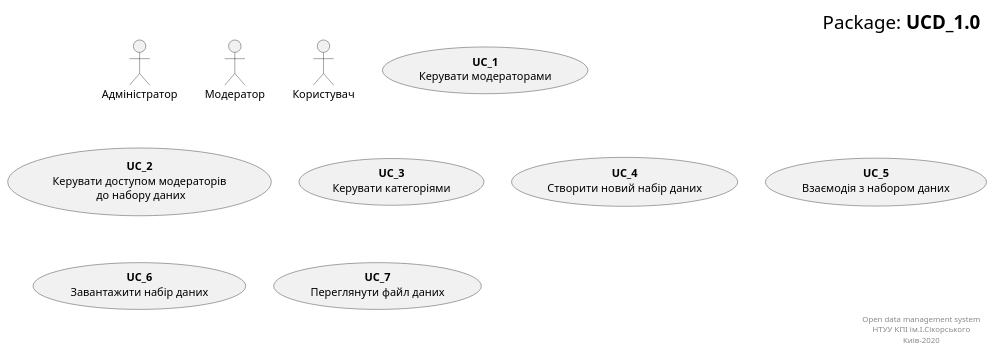
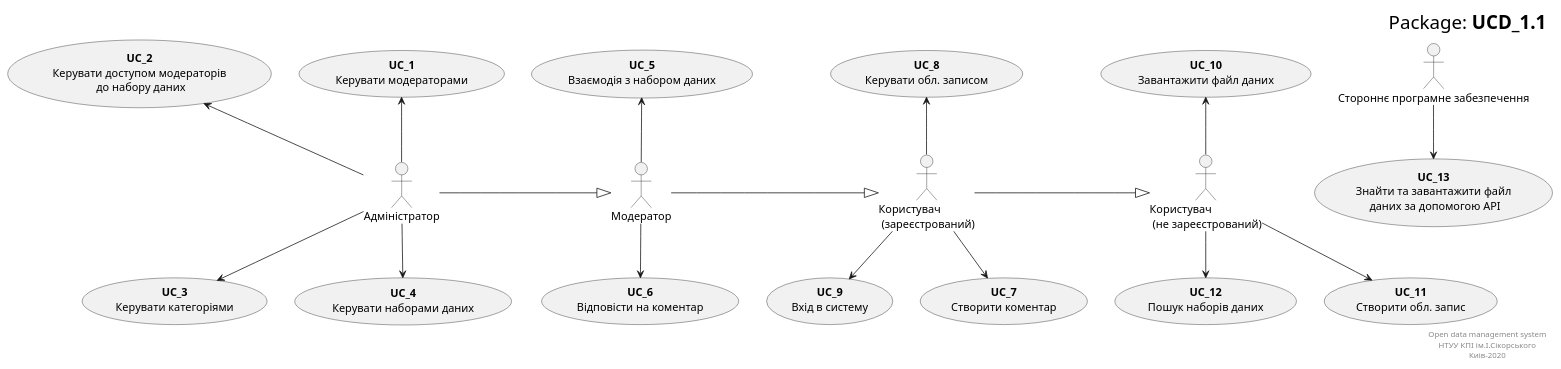
The diagram in src/uml/usecase10.puml (KarmazinN/db_open_data), drawn with PlantUML before and after one commit.

```diff
--- a/src/uml/usecase10.puml
+++ b/src/uml/usecase10.puml
@@ -1,27 +1,60 @@
 @startuml
 right header
-        <font size=24 color=black>Package: <b>UCD_1.0
+        <font size=24 color=black>Package: <b>UCD_1.1
     end header
 
 actor :Адміністратор: as Admin
 actor :Модератор: as Moder
-actor :Користувач: as User
+actor :Користувач\n (не зареєстрований): as User
+actor :Користувач\n (зареєстрований): as UserR
+actor :Стороннє програмне забезпечення: as Prog
 
 usecase "<b>UC_1</b>\nКерувати модераторами" as UC_1
 usecase "<b>UC_2</b>\nКерувати доступом модераторів\n до набору даних" as UC_2
-
 usecase "<b>UC_3</b>\nКерувати категоріями" as UC_3
-usecase "<b>UC_4</b>\nСтворити новий набір даних" as UC_4
+usecase "<b>UC_4</b>\nКерувати наборами даних" as UC_4
 
 usecase "<b>UC_5</b>\nВзаємодія з набором даних" as UC_5
-usecase "<b>UC_6</b>\nЗавантажити набір даних" as UC_6
-usecase "<b>UC_7</b>\nПереглянути файл даних" as UC_7
+usecase "<b>UC_6</b>\nВідповісти на коментар" as UC_6
 
+usecase "<b>UC_7</b>\nСтворити коментар" as UC_7
+usecase "<b>UC_8</b>\nКерувати обл. записом" as UC_8
+usecase "<b>UC_9</b>\nВхід в систему" as UC_9
+
+usecase "<b>UC_10</b>\nЗавантажити файл даних" as UC_10
+usecase "<b>UC_11</b>\nСтворити обл. запис" as UC_11
+usecase "<b>UC_12</b>\nПошук наборів даних" as UC_12
+
+usecase "<b>UC_13</b>\nЗнайти та завантажити файл\n даних за допомогою API" as UC_13
+
+
+
+Admin -right-|> Moder
+Moder -right-|> UserR
+UserR -right-|> User
+
+Admin -up-> UC_1
+Admin -up-> UC_2
+Admin -down-> UC_3
+Admin -down-> UC_4
+
+Moder -up-> UC_5
+Moder -down-> UC_6
+
+UserR --> UC_7
+UserR -up-> UC_8
+UserR --> UC_9
+
+User -up-> UC_10
+User --> UC_11
+User --> UC_12
+
+Prog --> UC_13
 
 
     right footer
         Open data management system
         НТУУ КПІ ім.І.Сікорського
         Киів-2020
     end footer
 @enduml
```
